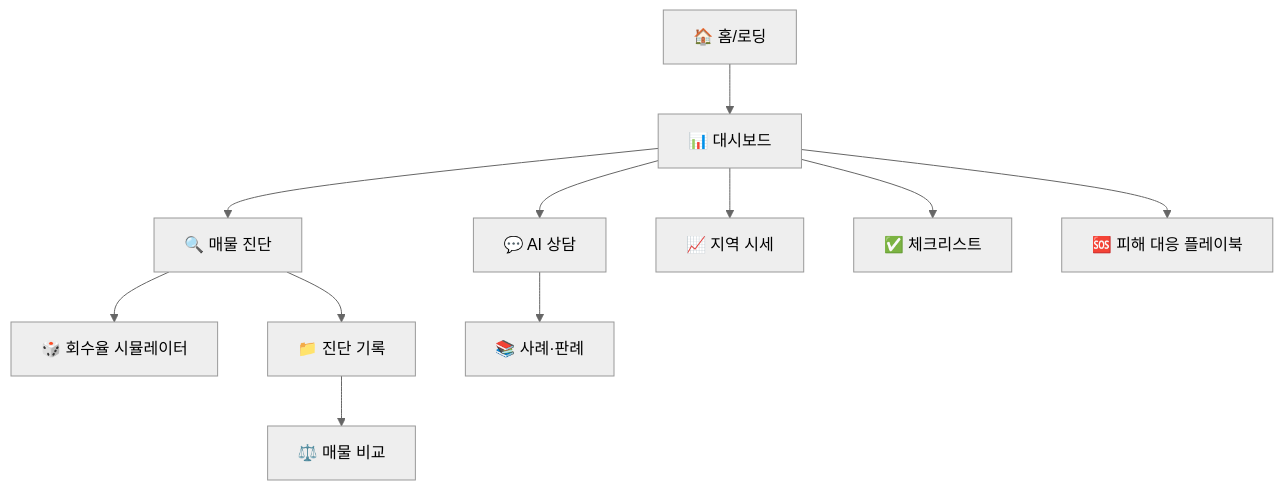
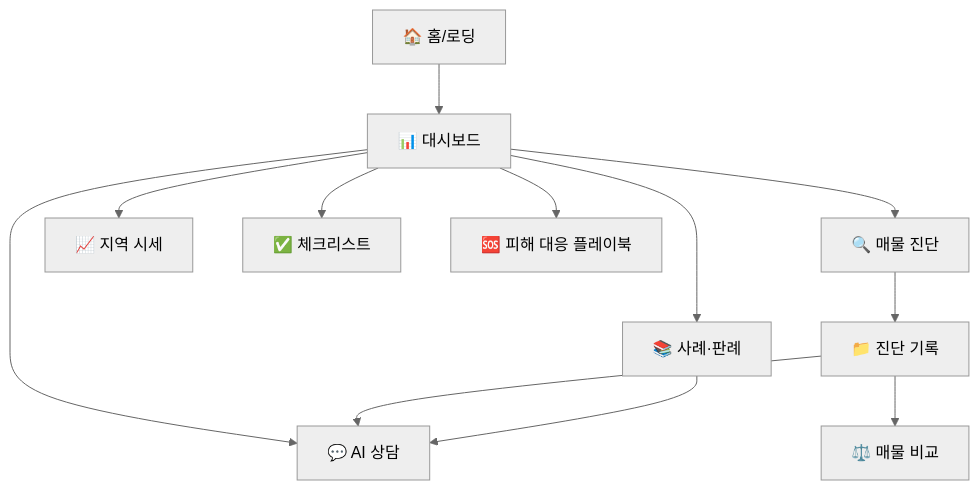
Before and after one commit to SKNETWORKS-FAMILY-AICAMP/SKN27-3rd-4TEAM: the diagram in README.md, drawn with Mermaid (neutral theme).

````diff
--- a/README.md
+++ b/README.md
@@ -198,13 +198,14 @@
 ```mermaid
 flowchart TD
     HOME[🏠 홈/로딩] --> DASH[📊 대시보드]
     DASH --> CHAT[💬 AI 상담]
     DASH --> PROP[🔍 매물 진단]
     DASH --> MARKET[📈 지역 시세]
-    PROP --> SIM[🎲 회수율 시뮬레이터]
+    DASH --> CASES[📚 사례·판례]
     PROP --> HIST[📁 진단 기록]
+    HIST --> CHAT[💬 AI 상담]
     HIST --> COMPARE[⚖️ 매물 비교]
-    CHAT --> CASES[📚 사례·판례]
+    CASES --> CHAT[💬 AI 상담]
     DASH --> CHECK[✅ 체크리스트]
     DASH --> PLAY[🆘 피해 대응 플레이북]
 ```
````
